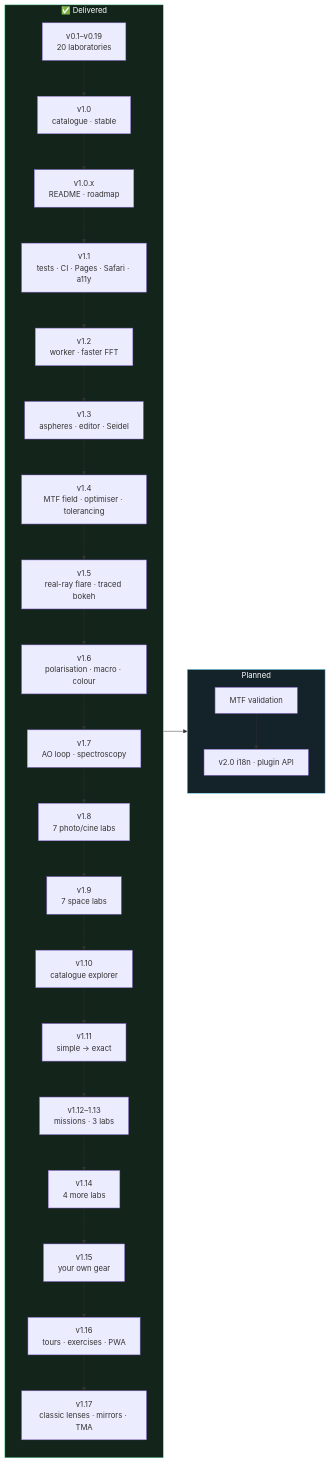
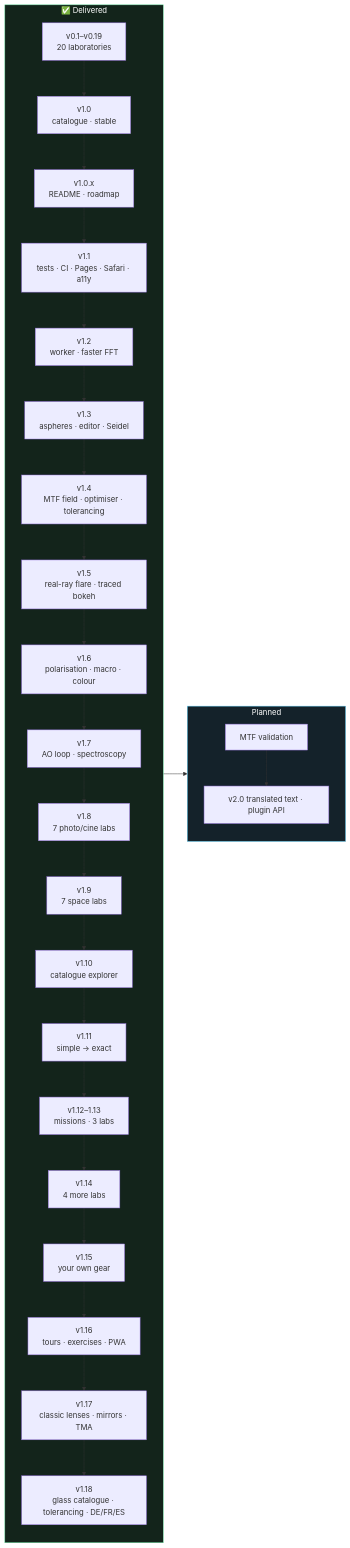
The diagram in ROADMAP.md (iiogurt/Optica_Viva), drawn with Mermaid before and after one commit. The commit also changed other lines of this file and 4 other files, not shown here.

````diff
--- a/ROADMAP.md
+++ b/ROADMAP.md
@@ -57,14 +57,14 @@
 ```mermaid
 flowchart LR
     subgraph Done["✅ Delivered"]
         direction TB
-        D0["v0.1–v0.19<br/>20 laboratories"] --> D1["v1.0<br/>catalogue · stable"] --> D2["v1.0.x<br/>README · roadmap"] --> D3["v1.1<br/>tests · CI · Pages · Safari · a11y"] --> D4["v1.2<br/>worker · faster FFT"] --> D5["v1.3<br/>aspheres · editor · Seidel"] --> D6["v1.4<br/>MTF field · optimiser · tolerancing"] --> D7["v1.5<br/>real-ray flare · traced bokeh"] --> D8["v1.6<br/>polarisation · macro · colour"] --> D9["v1.7<br/>AO loop · spectroscopy"] --> D10["v1.8<br/>7 photo/cine labs"] --> D11["v1.9<br/>7 space labs"] --> D12["v1.10<br/>catalogue explorer"] --> D13["v1.11<br/>simple → exact"] --> D14["v1.12–1.13<br/>missions · 3 labs"] --> D15["v1.14<br/>4 more labs"] --> D16["v1.15<br/>your own gear"] --> D17["v1.16<br/>tours · exercises · PWA"] --> D18["v1.17<br/>classic lenses · mirrors · TMA"]
+        D0["v0.1–v0.19<br/>20 laboratories"] --> D1["v1.0<br/>catalogue · stable"] --> D2["v1.0.x<br/>README · roadmap"] --> D3["v1.1<br/>tests · CI · Pages · Safari · a11y"] --> D4["v1.2<br/>worker · faster FFT"] --> D5["v1.3<br/>aspheres · editor · Seidel"] --> D6["v1.4<br/>MTF field · optimiser · tolerancing"] --> D7["v1.5<br/>real-ray flare · traced bokeh"] --> D8["v1.6<br/>polarisation · macro · colour"] --> D9["v1.7<br/>AO loop · spectroscopy"] --> D10["v1.8<br/>7 photo/cine labs"] --> D11["v1.9<br/>7 space labs"] --> D12["v1.10<br/>catalogue explorer"] --> D13["v1.11<br/>simple → exact"] --> D14["v1.12–1.13<br/>missions · 3 labs"] --> D15["v1.14<br/>4 more labs"] --> D16["v1.15<br/>your own gear"] --> D17["v1.16<br/>tours · exercises · PWA"] --> D18["v1.17<br/>classic lenses · mirrors · TMA"] --> D19["v1.18<br/>glass catalogue · tolerancing · DE/FR/ES"]
     end
     subgraph Next["Planned"]
         direction TB
-        N10["MTF validation"] --> N7["v2.0 i18n · plugin API"]
+        N10["MTF validation"] --> N7["v2.0 translated text · plugin API"]
     end
     Done --> Next
     style Done fill:#13241b,stroke:#6be3a4,color:#fff
     style Next fill:#14222a,stroke:#6ad7ff,color:#fff
 ```
````
